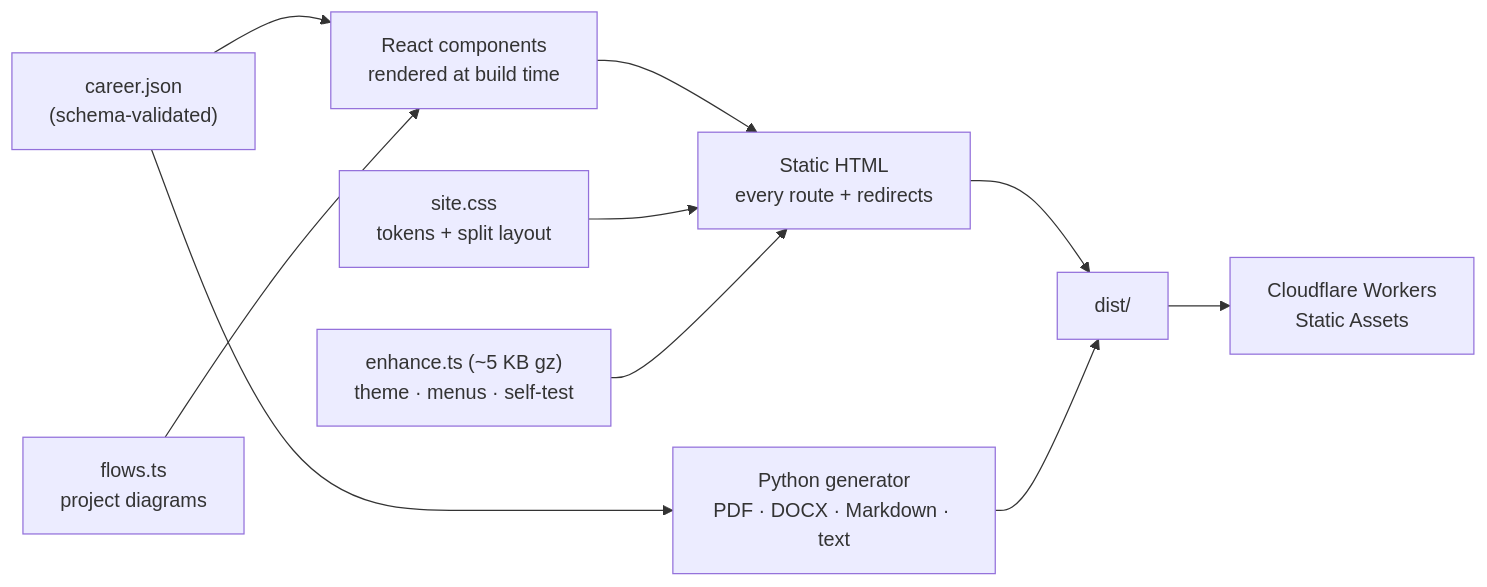
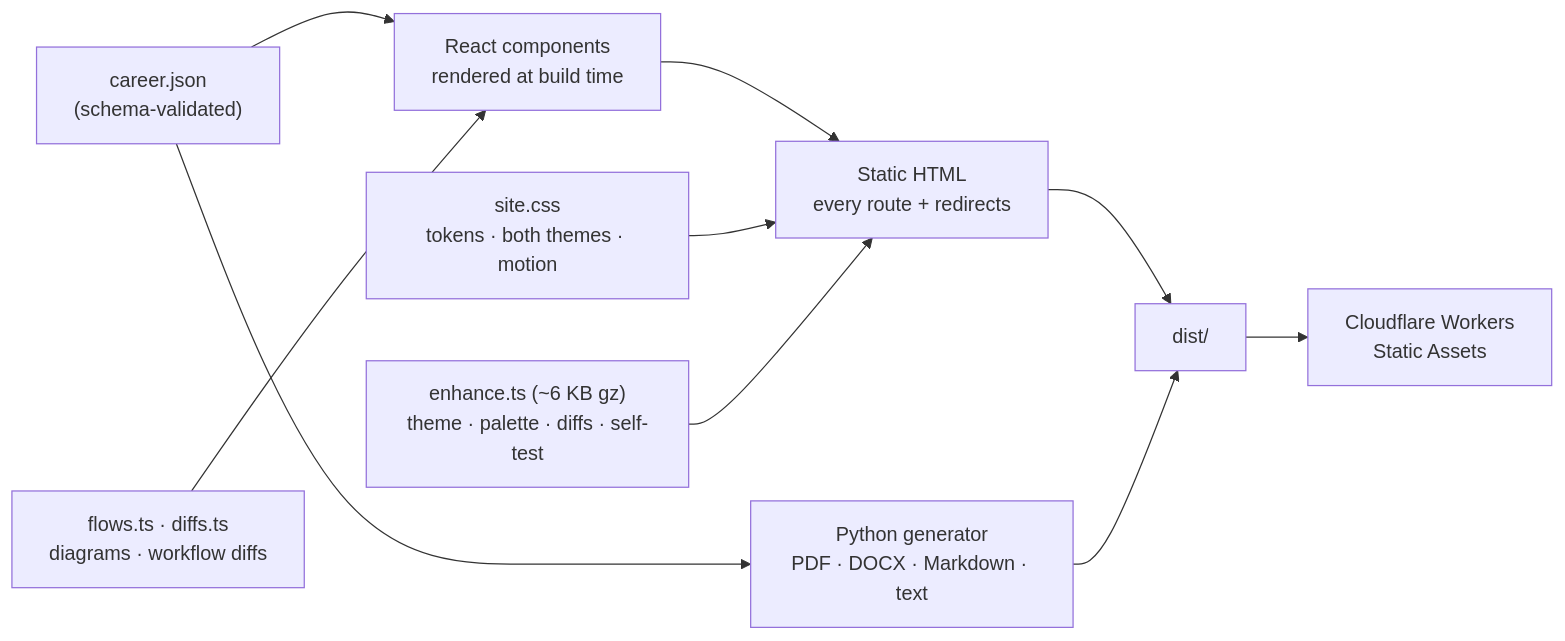
The first of 2 diagrams in README.md (mohamedmoheyeldin/portfolio), drawn with Mermaid before and after one commit. The commit also changed other lines of this file and 18 other files, not shown here.

First line of the commit message:
Redesign the site as a change review with workflow diffs and a command palette

````diff
--- a/README.md
+++ b/README.md
@@ -21,12 +21,12 @@
 ```mermaid
 flowchart LR
   Career["career.json<br/>(schema-validated)"] --> Render["React components<br/>rendered at build time"]
-  Flows["flows.ts<br/>project diagrams"] --> Render
+  Flows["flows.ts · diffs.ts<br/>diagrams · workflow diffs"] --> Render
   Render --> HTML["Static HTML<br/>every route + redirects"]
-  CSS["site.css<br/>tokens + split layout"] --> HTML
-  Enhance["enhance.ts (~5 KB gz)<br/>theme · menus · self-test"] --> HTML
+  CSS["site.css<br/>tokens · both themes · motion"] --> HTML
+  Enhance["enhance.ts (~6 KB gz)<br/>theme · palette · diffs · self-test"] --> HTML
   Career --> Resumes["Python generator<br/>PDF · DOCX · Markdown · text"]
   HTML --> Dist["dist/"]
   Resumes --> Dist
   Dist --> CF["Cloudflare Workers<br/>Static Assets"]
 ```
````
